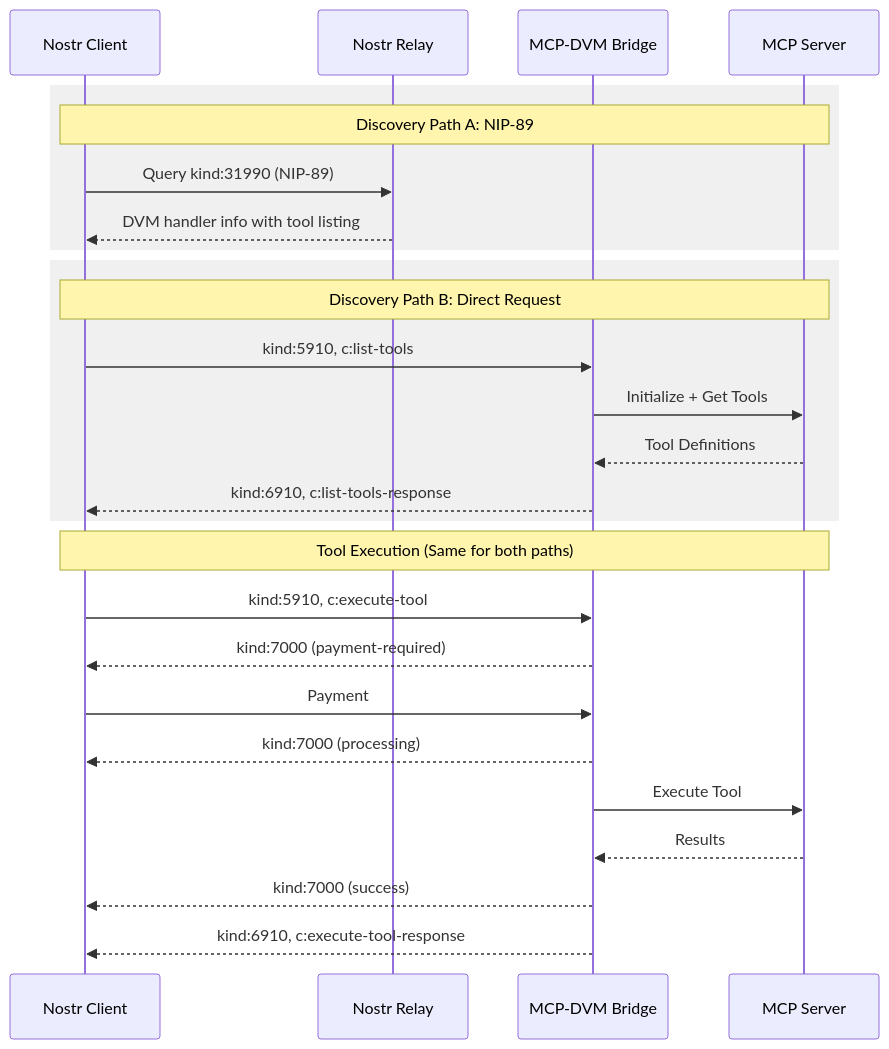
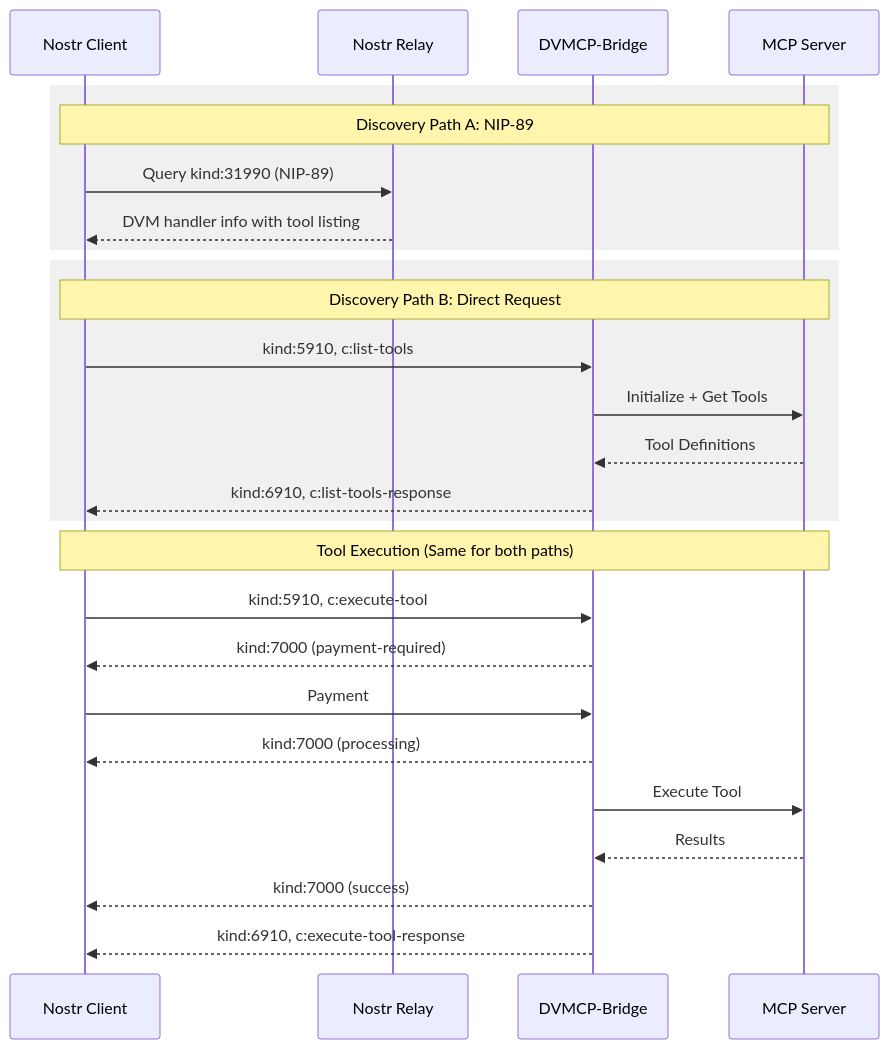
The diagram in docs/dvmcp-spec.md (gzuuus/dvmcp), drawn with Mermaid before and after one commit. The commit also changed other lines of this file and 27 other files, not shown here.

````diff
--- a/docs/dvmcp-spec.md
+++ b/docs/dvmcp-spec.md
@@ -338,31 +338,31 @@
 ```mermaid
 sequenceDiagram
     participant Client as Nostr Client
     participant Relay as Nostr Relay
-    participant DVM as MCP-DVM Bridge
+    participant DVM as DVMCP-Bridge
     participant Server as MCP Server
 
     rect rgb(240, 240, 240)
         Note over Client,Server: Discovery Path A: NIP-89
         Client->>Relay: Query kind:31990 (NIP-89)
         Relay-->>Client: DVM handler info with tool listing
     end
 
     rect rgb(240, 240, 240)
         Note over Client,Server: Discovery Path B: Direct Request
         Client->>DVM: kind:5910, c:list-tools
         DVM->>Server: Initialize + Get Tools
         Server-->>DVM: Tool Definitions
         DVM-->>Client: kind:6910, c:list-tools-response
     end
 
     Note over Client,Server: Tool Execution (Same for both paths)
     Client->>DVM: kind:5910, c:execute-tool
     DVM-->>Client: kind:7000 (payment-required)
     Client->>DVM: Payment
     DVM-->>Client: kind:7000 (processing)
     DVM->>Server: Execute Tool
     Server-->>DVM: Results
     DVM-->>Client: kind:7000 (success)
     DVM-->>Client: kind:6910, c:execute-tool-response
 ```
````
